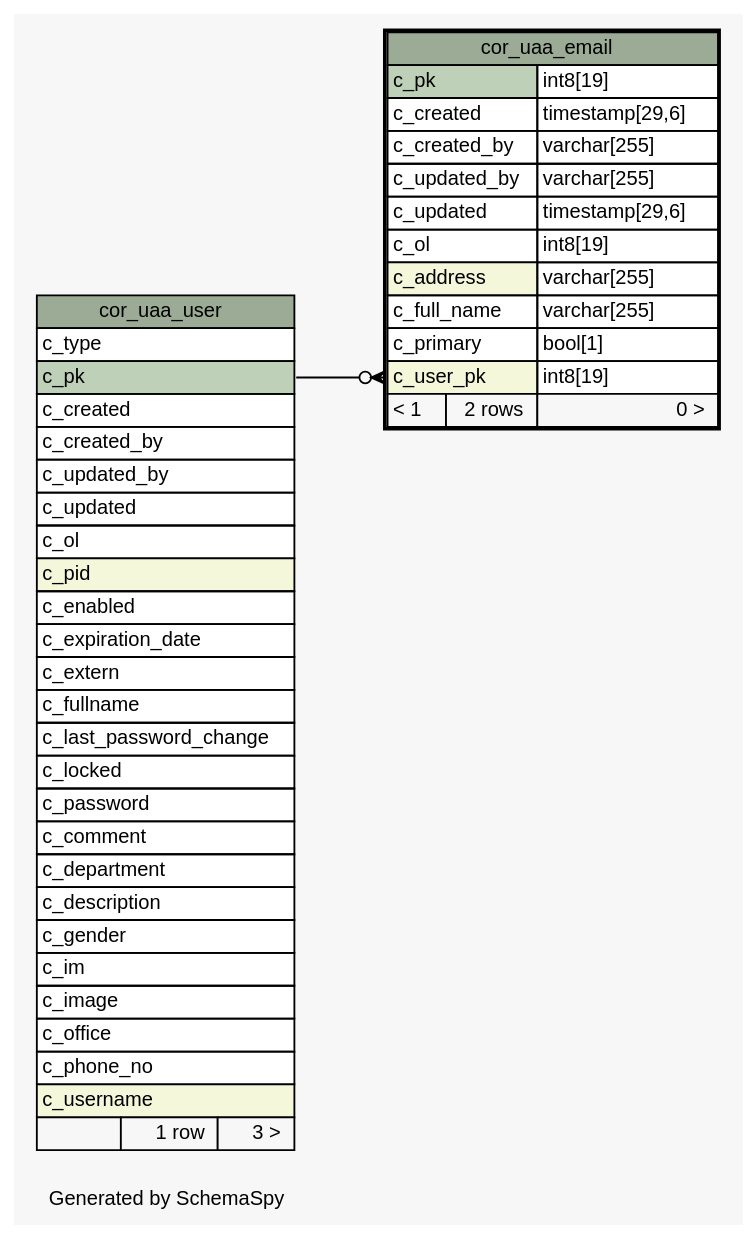
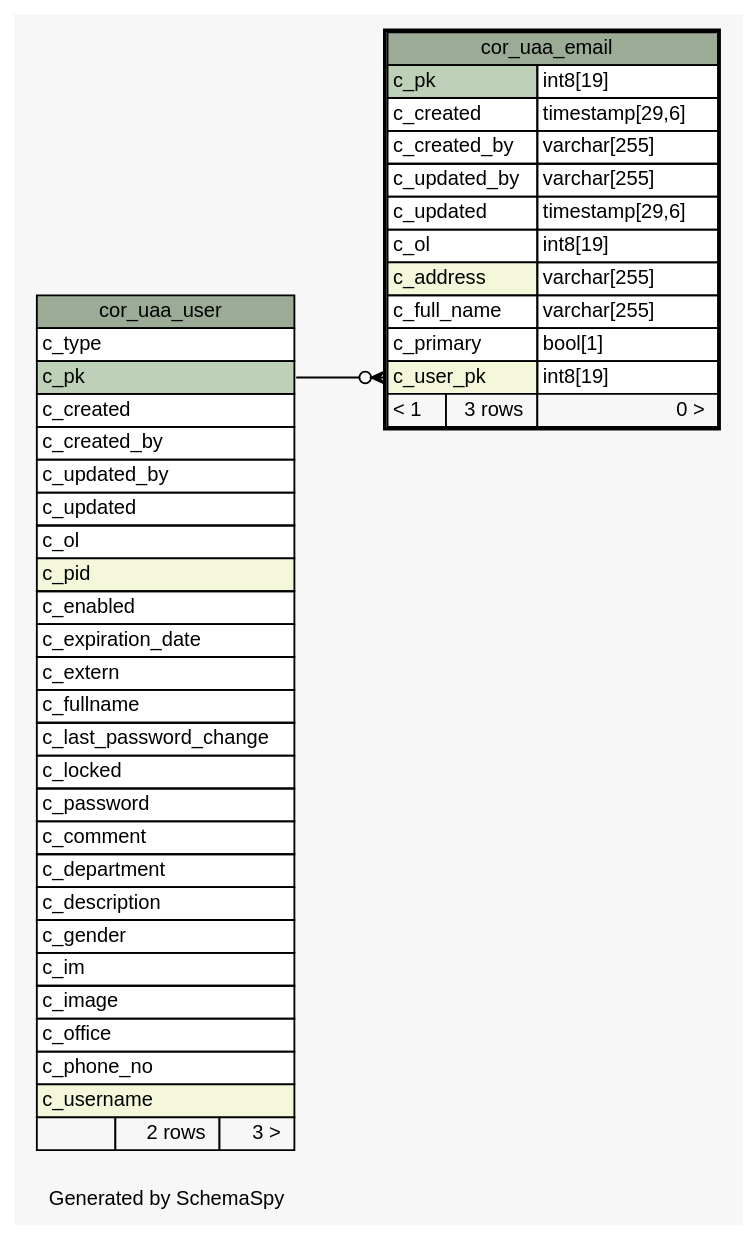
The diagram in 2.0.0-SNAPSHOT/schemaspy/diagrams/cor_uaa_email.1degree.dot (openwms/org.openwms.core.uaa), drawn with Graphviz before and after one commit. The commit also changed 324 other files, not shown here.

```diff
--- a/2.0.0-SNAPSHOT/schemaspy/diagrams/cor_uaa_email.1degree.dot
+++ b/2.0.0-SNAPSHOT/schemaspy/diagrams/cor_uaa_email.1degree.dot
@@ -1,75 +1,75 @@
 // dot 2.43.0 on Linux 5.15.0-1020-azure
 // SchemaSpy rev Unknown
 digraph "oneDegreeRelationshipsDiagram" {
   graph [
     rankdir="RL"
     bgcolor="#f7f7f7"
     label="\nGenerated by SchemaSpy"
     labeljust="l"
     nodesep="0.18"
     ranksep="0.46"
     fontname="Helvetica"
     fontsize="11"
   ];
   node [
     fontname="Helvetica"
     fontsize="11"
     shape="plaintext"
   ];
   edge [
     arrowsize="0.8"
   ];
   "cor_uaa_email":"c_user_pk":w -> "cor_uaa_user":"c_pk":e [arrowhead=none dir=back arrowtail=crowodot];
   "cor_uaa_email" [
     label=<
     <TABLE BORDER="2" CELLBORDER="1" CELLSPACING="0" BGCOLOR="#ffffff">
       <TR><TD COLSPAN="3" BGCOLOR="#9bab96" ALIGN="CENTER">cor_uaa_email</TD></TR>
       <TR><TD PORT="c_pk" COLSPAN="2" BGCOLOR="#bed1b8" ALIGN="LEFT">c_pk</TD><TD PORT="c_pk.type" ALIGN="LEFT">int8[19]</TD></TR>
       <TR><TD PORT="c_created" COLSPAN="2" ALIGN="LEFT">c_created</TD><TD PORT="c_created.type" ALIGN="LEFT">timestamp[29,6]</TD></TR>
       <TR><TD PORT="c_created_by" COLSPAN="2" ALIGN="LEFT">c_created_by</TD><TD PORT="c_created_by.type" ALIGN="LEFT">varchar[255]</TD></TR>
       <TR><TD PORT="c_updated_by" COLSPAN="2" ALIGN="LEFT">c_updated_by</TD><TD PORT="c_updated_by.type" ALIGN="LEFT">varchar[255]</TD></TR>
       <TR><TD PORT="c_updated" COLSPAN="2" ALIGN="LEFT">c_updated</TD><TD PORT="c_updated.type" ALIGN="LEFT">timestamp[29,6]</TD></TR>
       <TR><TD PORT="c_ol" COLSPAN="2" ALIGN="LEFT">c_ol</TD><TD PORT="c_ol.type" ALIGN="LEFT">int8[19]</TD></TR>
       <TR><TD PORT="c_address" COLSPAN="2" BGCOLOR="#f4f7da" ALIGN="LEFT">c_address</TD><TD PORT="c_address.type" ALIGN="LEFT">varchar[255]</TD></TR>
       <TR><TD PORT="c_full_name" COLSPAN="2" ALIGN="LEFT">c_full_name</TD><TD PORT="c_full_name.type" ALIGN="LEFT">varchar[255]</TD></TR>
       <TR><TD PORT="c_primary" COLSPAN="2" ALIGN="LEFT">c_primary</TD><TD PORT="c_primary.type" ALIGN="LEFT">bool[1]</TD></TR>
       <TR><TD PORT="c_user_pk" COLSPAN="2" BGCOLOR="#f4f7da" ALIGN="LEFT">c_user_pk</TD><TD PORT="c_user_pk.type" ALIGN="LEFT">int8[19]</TD></TR>
-      <TR><TD ALIGN="LEFT" BGCOLOR="#f7f7f7">&lt; 1</TD><TD ALIGN="RIGHT" BGCOLOR="#f7f7f7">2 rows</TD><TD ALIGN="RIGHT" BGCOLOR="#f7f7f7">0 &gt;</TD></TR>
+      <TR><TD ALIGN="LEFT" BGCOLOR="#f7f7f7">&lt; 1</TD><TD ALIGN="RIGHT" BGCOLOR="#f7f7f7">3 rows</TD><TD ALIGN="RIGHT" BGCOLOR="#f7f7f7">0 &gt;</TD></TR>
     </TABLE>>
     URL="cor_uaa_email.html"
     tooltip="cor_uaa_email"
   ];
   "cor_uaa_user" [
     label=<
     <TABLE BORDER="0" CELLBORDER="1" CELLSPACING="0" BGCOLOR="#ffffff">
       <TR><TD COLSPAN="3" BGCOLOR="#9bab96" ALIGN="CENTER">cor_uaa_user</TD></TR>
       <TR><TD PORT="c_type" COLSPAN="3" ALIGN="LEFT">c_type</TD></TR>
       <TR><TD PORT="c_pk" COLSPAN="3" BGCOLOR="#bed1b8" ALIGN="LEFT">c_pk</TD></TR>
       <TR><TD PORT="c_created" COLSPAN="3" ALIGN="LEFT">c_created</TD></TR>
       <TR><TD PORT="c_created_by" COLSPAN="3" ALIGN="LEFT">c_created_by</TD></TR>
       <TR><TD PORT="c_updated_by" COLSPAN="3" ALIGN="LEFT">c_updated_by</TD></TR>
       <TR><TD PORT="c_updated" COLSPAN="3" ALIGN="LEFT">c_updated</TD></TR>
       <TR><TD PORT="c_ol" COLSPAN="3" ALIGN="LEFT">c_ol</TD></TR>
       <TR><TD PORT="c_pid" COLSPAN="3" BGCOLOR="#f4f7da" ALIGN="LEFT">c_pid</TD></TR>
       <TR><TD PORT="c_enabled" COLSPAN="3" ALIGN="LEFT">c_enabled</TD></TR>
       <TR><TD PORT="c_expiration_date" COLSPAN="3" ALIGN="LEFT">c_expiration_date</TD></TR>
       <TR><TD PORT="c_extern" COLSPAN="3" ALIGN="LEFT">c_extern</TD></TR>
       <TR><TD PORT="c_fullname" COLSPAN="3" ALIGN="LEFT">c_fullname</TD></TR>
       <TR><TD PORT="c_last_password_change" COLSPAN="3" ALIGN="LEFT">c_last_password_change</TD></TR>
       <TR><TD PORT="c_locked" COLSPAN="3" ALIGN="LEFT">c_locked</TD></TR>
       <TR><TD PORT="c_password" COLSPAN="3" ALIGN="LEFT">c_password</TD></TR>
       <TR><TD PORT="c_comment" COLSPAN="3" ALIGN="LEFT">c_comment</TD></TR>
       <TR><TD PORT="c_department" COLSPAN="3" ALIGN="LEFT">c_department</TD></TR>
       <TR><TD PORT="c_description" COLSPAN="3" ALIGN="LEFT">c_description</TD></TR>
       <TR><TD PORT="c_gender" COLSPAN="3" ALIGN="LEFT">c_gender</TD></TR>
       <TR><TD PORT="c_im" COLSPAN="3" ALIGN="LEFT">c_im</TD></TR>
       <TR><TD PORT="c_image" COLSPAN="3" ALIGN="LEFT">c_image</TD></TR>
       <TR><TD PORT="c_office" COLSPAN="3" ALIGN="LEFT">c_office</TD></TR>
       <TR><TD PORT="c_phone_no" COLSPAN="3" ALIGN="LEFT">c_phone_no</TD></TR>
       <TR><TD PORT="c_username" COLSPAN="3" BGCOLOR="#f4f7da" ALIGN="LEFT">c_username</TD></TR>
-      <TR><TD ALIGN="LEFT" BGCOLOR="#f7f7f7">  </TD><TD ALIGN="RIGHT" BGCOLOR="#f7f7f7">1 row</TD><TD ALIGN="RIGHT" BGCOLOR="#f7f7f7">3 &gt;</TD></TR>
+      <TR><TD ALIGN="LEFT" BGCOLOR="#f7f7f7">  </TD><TD ALIGN="RIGHT" BGCOLOR="#f7f7f7">2 rows</TD><TD ALIGN="RIGHT" BGCOLOR="#f7f7f7">3 &gt;</TD></TR>
     </TABLE>>
     URL="cor_uaa_user.html"
     tooltip="cor_uaa_user"
   ];
 }
```
